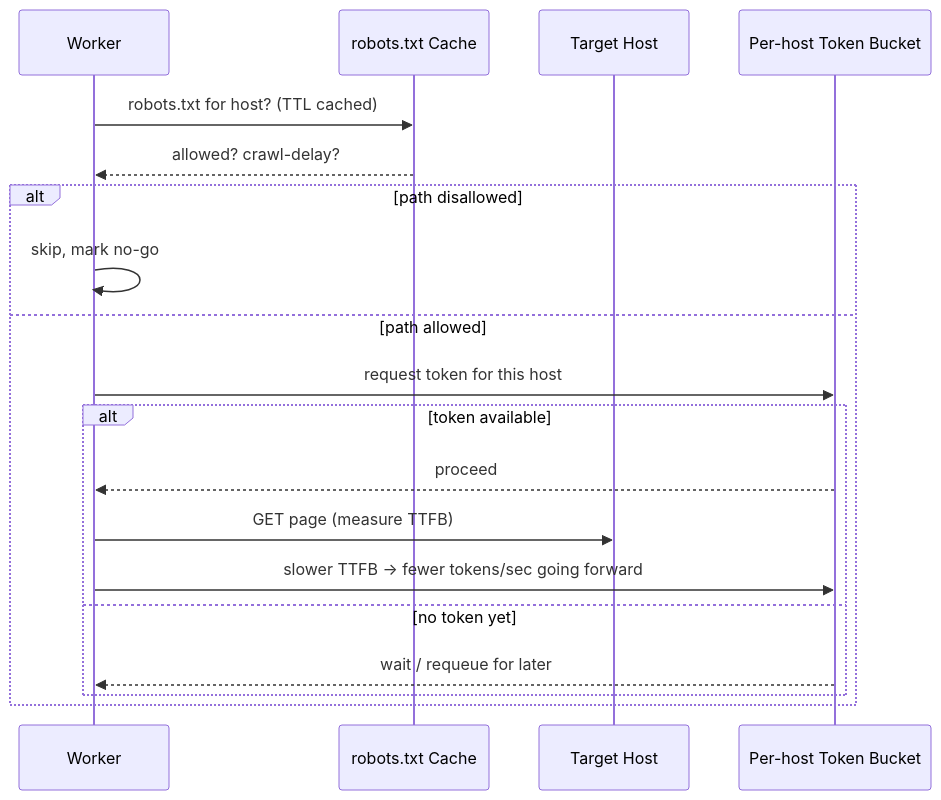
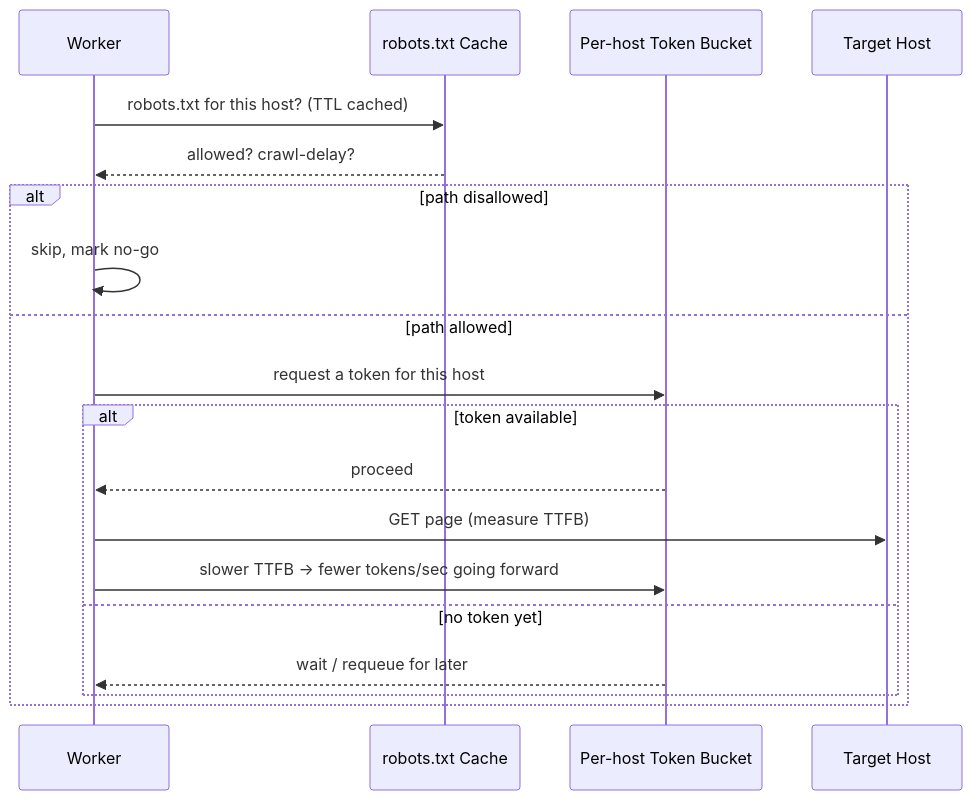
One commit to riyaz-pasha/Learnings changed the fifth of 16 diagrams in system-design/HLD/0-course/35-Web-Crawler-FAANG-Guide-story.md. Above: the diagram before and after it, drawn with Mermaid. The commit also changed other lines of this file and 5 other files, not shown here.

Commit message:
[REWRITE] Design Newsfeed story guide: simplify prose, add structure, fix diagrams

````diff
--- a/system-design/HLD/0-course/35-Web-Crawler-FAANG-Guide-story.md
+++ b/system-design/HLD/0-course/35-Web-Crawler-FAANG-Guide-story.md
@@ -109,22 +310,22 @@
 ```mermaid
 sequenceDiagram
     participant W as Worker
     participant RC as robots.txt Cache
+    participant TB as Per-host Token Bucket
     participant Host as Target Host
-    participant TB as Per-host Token Bucket
 
-    W->>RC: robots.txt for host? (TTL cached)
+    W->>RC: robots.txt for this host? (TTL cached)
     RC-->>W: allowed? crawl-delay?
     alt path disallowed
         W->>W: skip, mark no-go
     else path allowed
-        W->>TB: request token for this host
+        W->>TB: request a token for this host
         alt token available
             TB-->>W: proceed
             W->>Host: GET page (measure TTFB)
             W->>TB: slower TTFB -> fewer tokens/sec going forward
         else no token yet
             TB-->>W: wait / requeue for later
         end
     end
 ```
````
